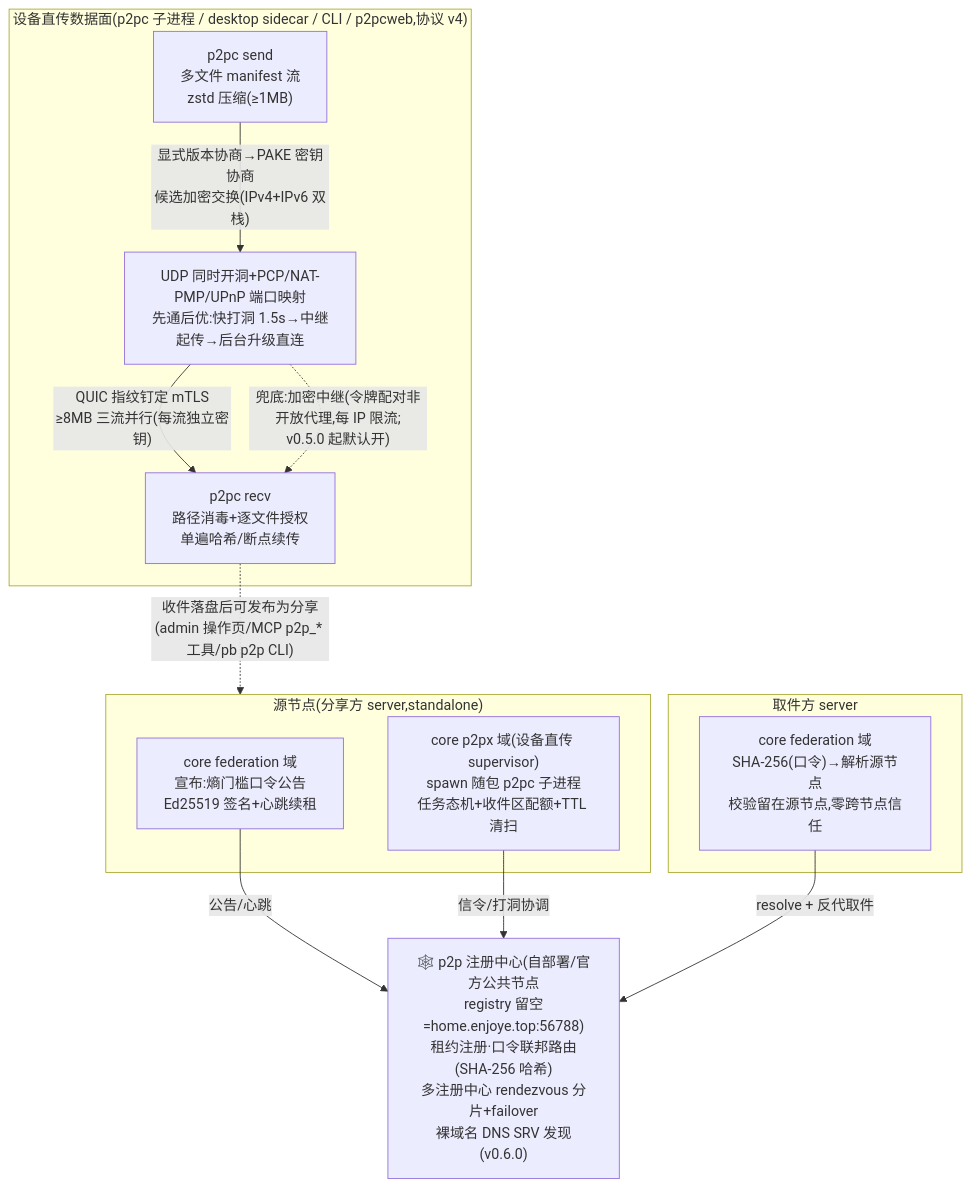
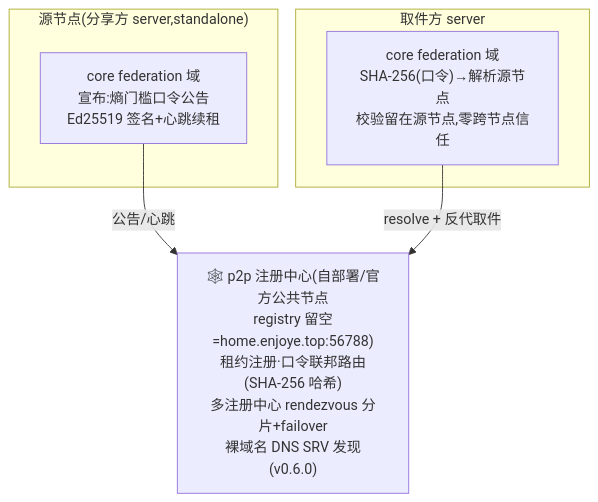
One commit to pigeonbox/pigeonbox changed the seventh of 10 diagrams in docs/architecture.md. Above: the diagram before and after it, drawn with Mermaid. The commit also changed other lines of this file, not shown here.

First line of the commit message:
docs(arch): 架构全景图口径对齐 Wave B'（直传退役，Box 只留联邦面）

````diff
--- a/docs/architecture.md
+++ b/docs/architecture.md
@@ -277,20 +277,12 @@
 ```mermaid
 flowchart TB
     subgraph SRC["源节点(分享方 server,standalone)"]
         FED1["core federation 域<br/>宣布:熵门槛口令公告<br/>Ed25519 签名+心跳续租"]
-        SUP["core p2px 域(设备直传 supervisor)<br/>spawn 随包 p2pc 子进程<br/>任务态机+收件区配额+TTL 清扫"]
     end
     R["🕸️ p2p 注册中心(自部署/官方公共节点<br/>registry 留空=home.enjoye.top:56788)<br/>租约注册·口令联邦路由(SHA-256 哈希)<br/>多注册中心 rendezvous 分片+failover<br/>裸域名 DNS SRV 发现(v0.6.0)"]
     FED1 -->|"公告/心跳"| R
-    SUP -->|"信令/打洞协调"| R
     subgraph DST["取件方 server"]
         FED2["core federation 域<br/>SHA-256(口令)→解析源节点<br/>校验留在源节点,零跨节点信任"]
     end
     FED2 -->|"resolve + 反代取件"| R
-    subgraph P2PC["设备直传数据面(p2pc 子进程 / desktop sidecar / CLI / p2pcweb,协议 v4)"]
-        S1["p2pc send<br/>多文件 manifest 流<br/>zstd 压缩(≥1MB)"] -->|"显式版本协商→PAKE 密钥协商<br/>候选加密交换(IPv4+IPv6 双栈)"| HOLE["UDP 同时开洞+PCP/NAT-PMP/UPnP 端口映射<br/>先通后优:快打洞 1.5s→中继起传→后台升级直连"]
-        HOLE -->|"QUIC 指纹钉定 mTLS<br/>≥8MB 三流并行(每流独立密钥)"| S2["p2pc recv<br/>路径消毒+逐文件授权<br/>单遍哈希/断点续传"]
-        HOLE -.->|"兜底:加密中继(令牌配对非开放代理,每 IP 限流;<br/>v0.5.0 起默认开)"| S2
-    end
-    S2 -.->|"收件落盘后可发布为分享<br/>(admin 操作页/MCP p2p_* 工具/pb p2p CLI)"| SRC
 ```
````
